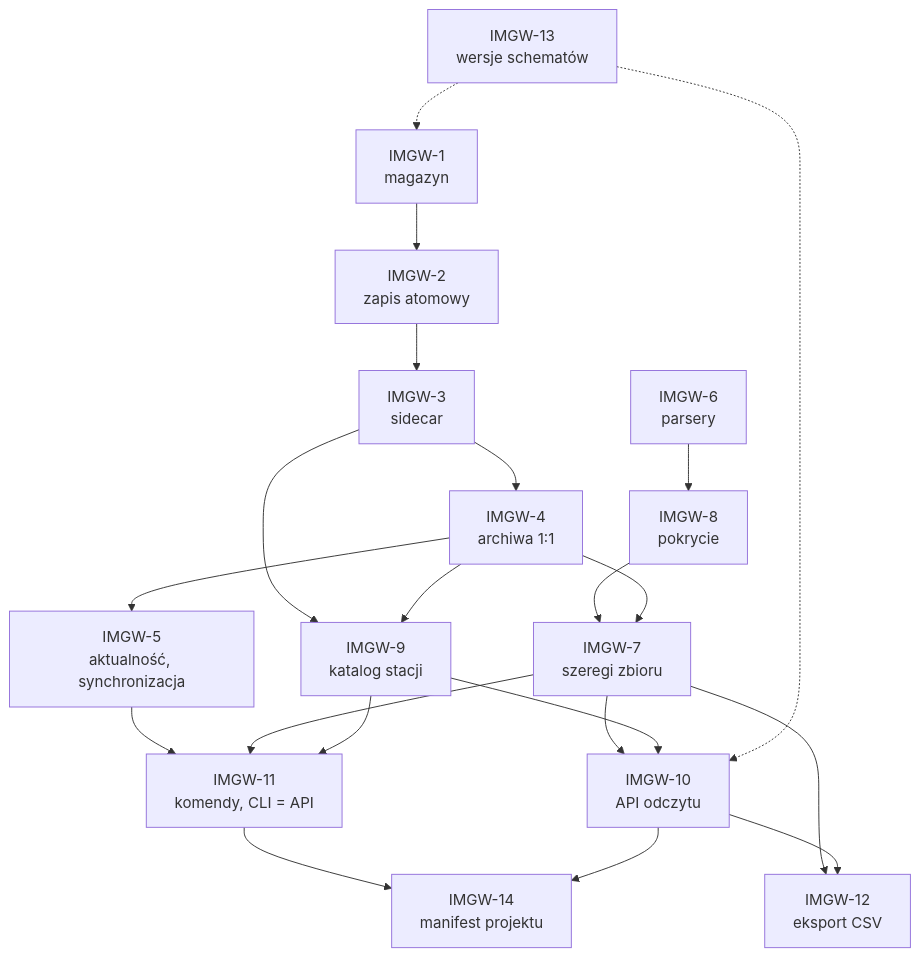
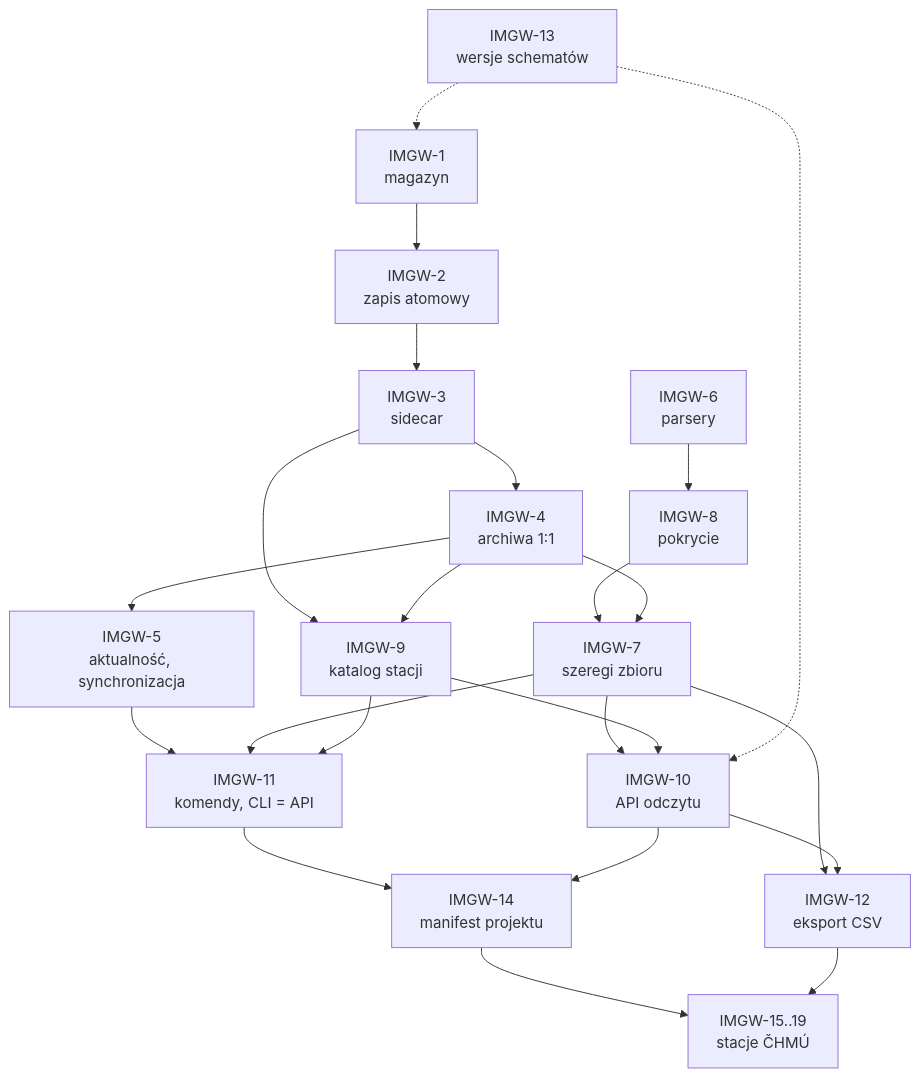
One commit to Daldek/Archiwista changed the diagram in docs/wymagania-imgwtools.md. Above: the diagram before and after it, drawn with Mermaid. The commit also changed other lines of this file and 7 other files, not shown here.

````diff
--- a/docs/wymagania-imgwtools.md
+++ b/docs/wymagania-imgwtools.md
@@ -1141,33 +1309,36 @@
 ```mermaid
 flowchart TD
   I13["IMGW-13<br/>wersje schematów"]
   I1["IMGW-1<br/>magazyn"]
   I2["IMGW-2<br/>zapis atomowy"]
   I3["IMGW-3<br/>sidecar"]
   I4["IMGW-4<br/>archiwa 1:1"]
   I5["IMGW-5<br/>aktualność, synchronizacja"]
   I6["IMGW-6<br/>parsery"]
   I8["IMGW-8<br/>pokrycie"]
   I7["IMGW-7<br/>szeregi zbioru"]
   I9["IMGW-9<br/>katalog stacji"]
   I10["IMGW-10<br/>API odczytu"]
   I11["IMGW-11<br/>komendy, CLI = API"]
   I12["IMGW-12<br/>eksport CSV"]
   I14["IMGW-14<br/>manifest projektu"]
+  I15["IMGW-15..19<br/>stacje ČHMÚ"]
   I13 -.-> I1
   I1 --> I2 --> I3 --> I4 --> I5
   I6 --> I8 --> I7
   I4 --> I7
   I3 --> I9
   I4 --> I9
   I7 --> I10
   I9 --> I10
   I13 -.-> I10
   I5 --> I11
   I7 --> I11
   I9 --> I11
   I7 --> I12
   I10 --> I12
   I11 --> I14
   I10 --> I14
+  I14 --> I15
+  I12 --> I15
 ```
````
